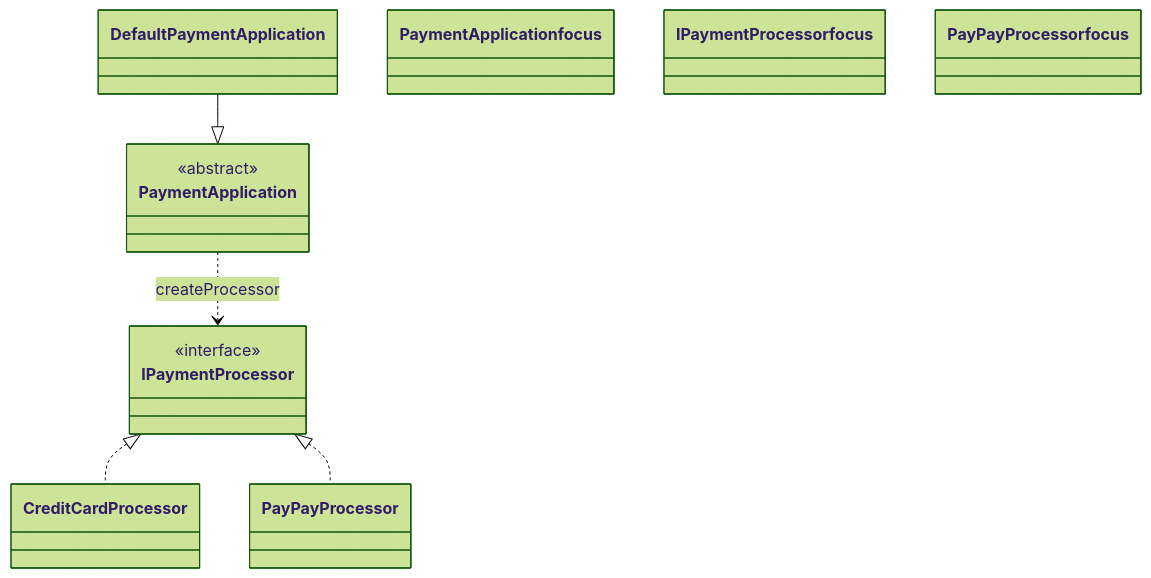
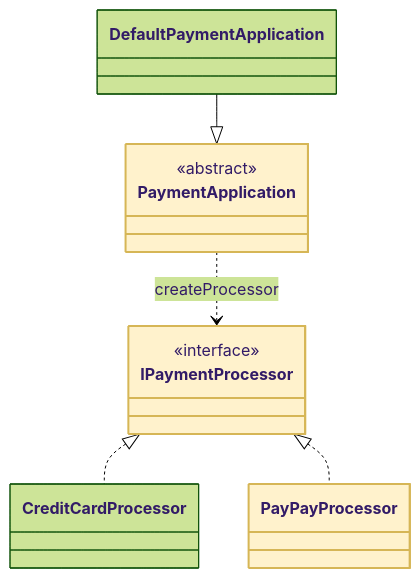
One commit to kumachan1101-pixel/DesignPattern changed the eighth of 16 diagrams in kindle/design-patterns/output/chapter08.md. Above: the diagram before and after it, drawn with Mermaid (forest theme). The commit also changed other lines of this file and 15 other files, not shown here.

First line of the commit message:
全章classDiagram: phantom浮きクラスを生む着色構文 class X focus を :::focus へ修正（103箇所）

````diff
--- a/kindle/design-patterns/output/chapter08.md
+++ b/kindle/design-patterns/output/chapter08.md
@@ -1857,16 +1857,16 @@
 ```mermaid
 classDiagram
     class PaymentApplication { <<abstract>> }
     class DefaultPaymentApplication
     class IPaymentProcessor { <<interface>> }
     class CreditCardProcessor
     class PayPayProcessor
     DefaultPaymentApplication --|> PaymentApplication
     PaymentApplication ..> IPaymentProcessor : createProcessor
     IPaymentProcessor <|.. CreditCardProcessor
     IPaymentProcessor <|.. PayPayProcessor
-    class PaymentApplication focus
-    class IPaymentProcessor focus
-    class PayPayProcessor focus
+    class PaymentApplication:::focus
+    class IPaymentProcessor:::focus
+    class PayPayProcessor:::focus
     classDef focus fill:#FFF2CC,stroke:#D6B656,stroke-width:2px
 ```
````
